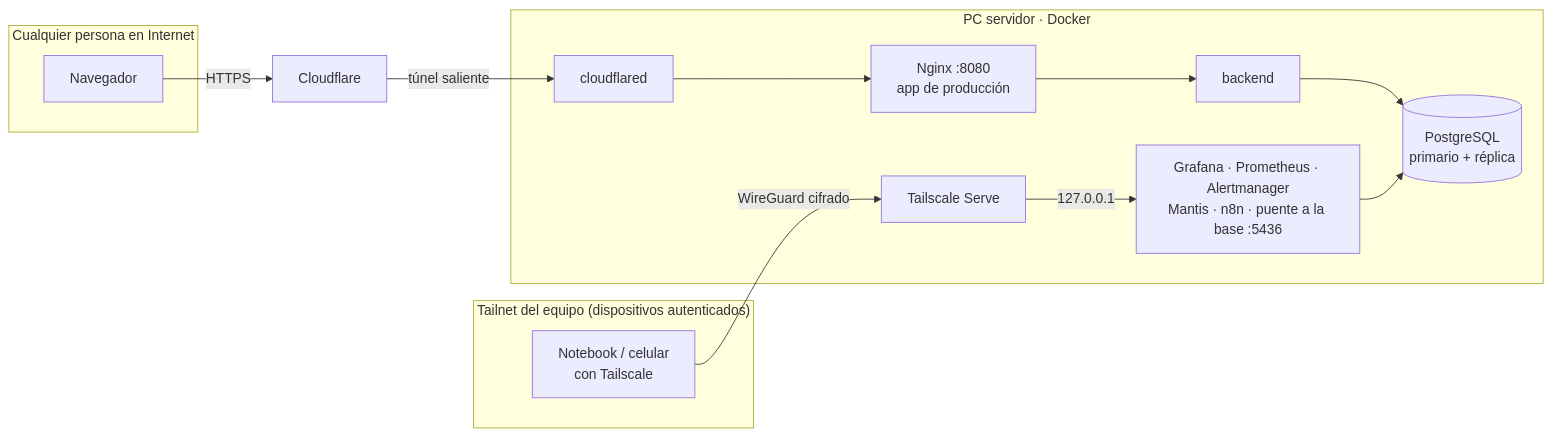
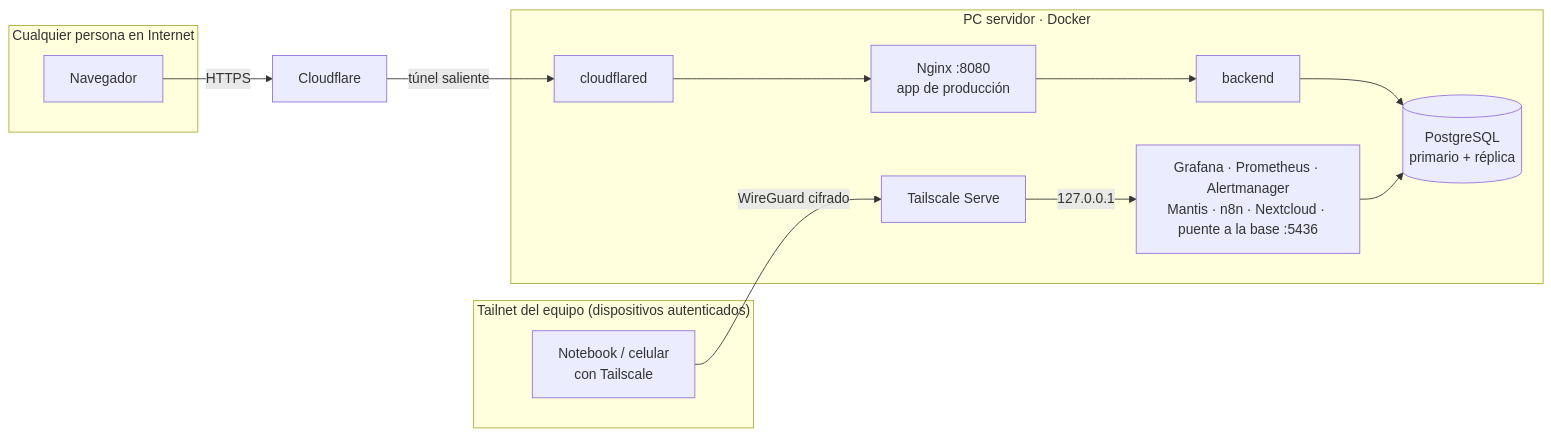
The diagram in docs/SCRUM-61-acceso-administrativo.md (valentiniriar/proyecto_demo_hia), drawn with Mermaid before and after one commit. The commit also changed other lines of this file and 13 other files, not shown here.

````diff
--- a/docs/SCRUM-61-acceso-administrativo.md
+++ b/docs/SCRUM-61-acceso-administrativo.md
@@ -10,21 +10,21 @@
 ```mermaid
 flowchart LR
     subgraph internet["Cualquier persona en Internet"]
         V[Navegador]
     end
     subgraph tailnet["Tailnet del equipo (dispositivos autenticados)"]
         N[Notebook / celular<br/>con Tailscale]
     end
 
     V -->|HTTPS| CF[Cloudflare]
     CF -->|túnel saliente| CFD
 
     subgraph server["PC servidor · Docker"]
         CFD[cloudflared] --> NGX[Nginx :8080<br/>app de producción]
         NGX --> API[backend] --> DB[(PostgreSQL<br/>primario + réplica)]
-        TS[Tailscale Serve] -->|127.0.0.1| ADM["Grafana · Prometheus · Alertmanager<br/>Mantis · n8n · puente a la base :5436"]
+        TS[Tailscale Serve] -->|127.0.0.1| ADM["Grafana · Prometheus · Alertmanager<br/>Mantis · n8n · Nextcloud · puente a la base :5436"]
         ADM --> DB
     end
 
     N -->|WireGuard cifrado| TS
 ```
````
